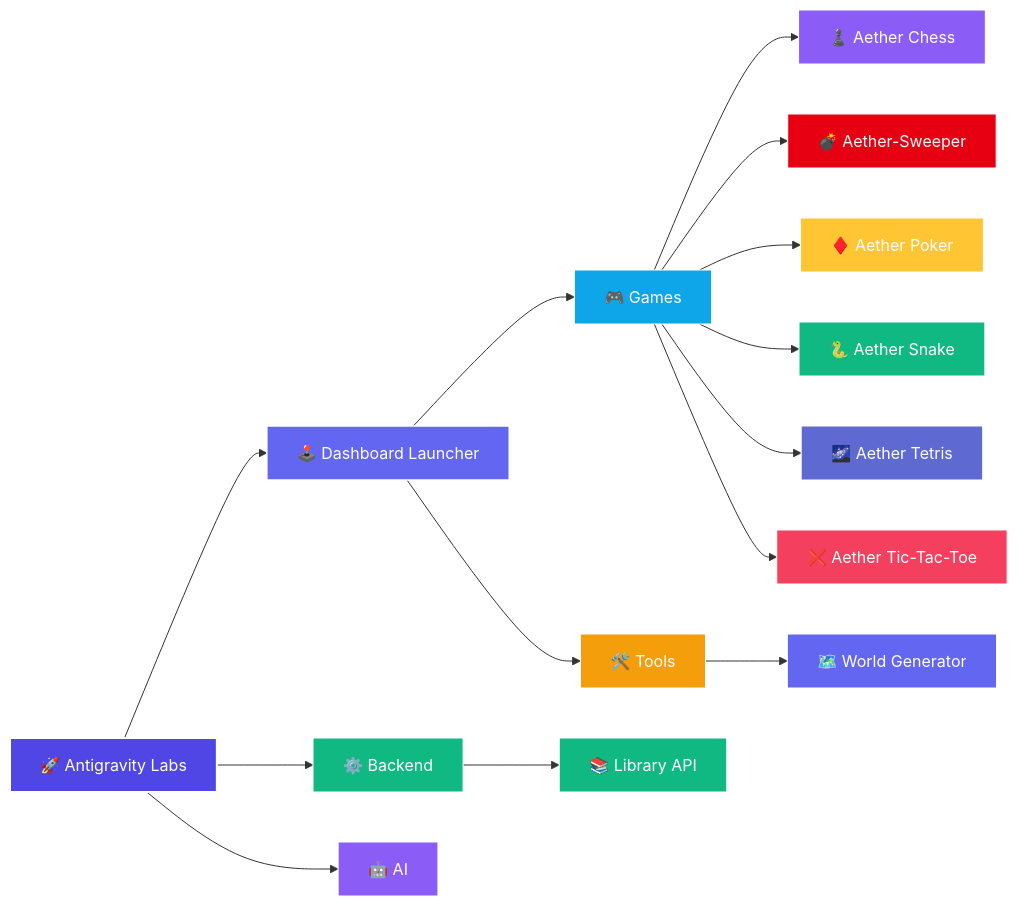
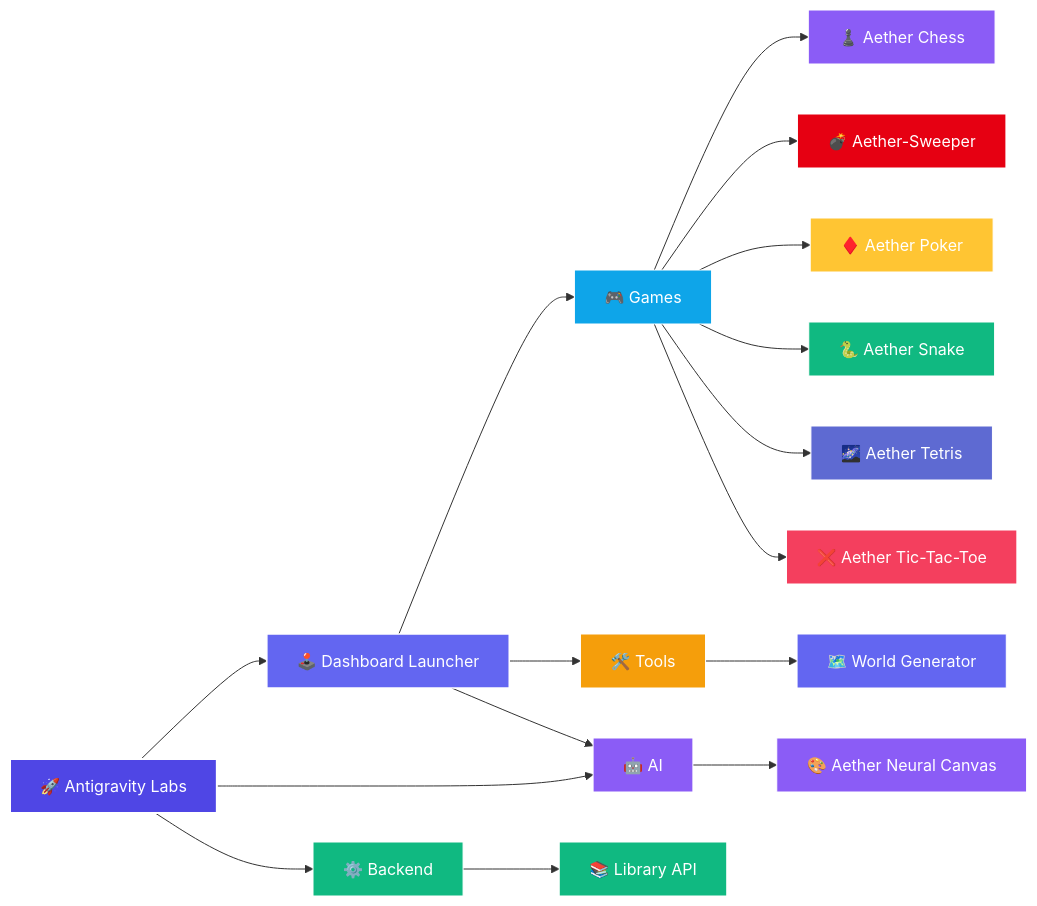
One commit to Leturnos/antigravity-labs changed the diagram in README.md. Above: the diagram before and after it, drawn with Mermaid. The commit also changed other lines of this file and 7 other files, not shown here.

Commit message:
feat(ai): add Aether Neural Canvas interactive drawing app with local DoodleNet model

````diff
--- a/README.md
+++ b/README.md
@@ -33,38 +34,42 @@
 ```mermaid
 flowchart LR
     Root["🚀 Antigravity Labs"]
     Launcher["🕹️ Dashboard Launcher"]
 
     Root --> Launcher
     Root --> Backend["⚙️ Backend"]
     Root --> AI["🤖 AI"]
 
     Launcher --> Games["🎮 Games"]
     Launcher --> Tools["🛠️ Tools"]
+    Launcher --> AI["🤖 AI"]
 
     Games --> Chess["♟️ Aether Chess"]
     Games --> Sweeper["💣 Aether-Sweeper"]
     Games --> Poker["♦️ Aether Poker"]
     Games --> Snake["🐍 Aether Snake"]
     Games --> Tetris["🌌 Aether Tetris"]
     Games --> TicTacToe["❌ Aether Tic-Tac-Toe"]
 
     Backend --> LibraryAPI["📚 Library API"]
     
     Tools --> WorldGen["🗺️ World Generator"]
+
+    AI --> NeuralCanvas["🎨 Aether Neural Canvas"]
 
     style Root fill:#4f46e5,stroke:#fff,stroke-width:2px,color:#fff
     style Launcher fill:#6366f1,stroke:#fff,stroke-width:1.5px,color:#fff
     style Games fill:#0ea5e9,stroke:#fff,stroke-width:1px,color:#fff
     style Backend fill:#10b981,stroke:#fff,stroke-width:1px,color:#fff
     style AI fill:#8b5cf6,stroke:#fff,stroke-width:1px,color:#fff
     style Tools fill:#f59e0b,stroke:#fff,stroke-width:1px,color:#fff
     style Chess fill:#8b5cf6,stroke:#fff,stroke-width:1px,color:#fff
     style Sweeper fill:#e60012,stroke:#fff,stroke-width:1px,color:#fff
     style Poker fill:#ffc533,stroke:#fff,stroke-width:1px,color:#fff
     style Snake fill:#10b981,stroke:#fff,stroke-width:1px,color:#fff
     style Tetris fill:#5e6ad2,stroke:#fff,stroke-width:1px,color:#fff
     style TicTacToe fill:#f43f5e,stroke:#fff,stroke-width:1px,color:#fff
     style LibraryAPI fill:#10b981,stroke:#fff,stroke-width:1px,color:#fff
     style WorldGen fill:#6366f1,stroke:#fff,stroke-width:1px,color:#fff
+    style NeuralCanvas fill:#8b5cf6,stroke:#fff,stroke-width:1px,color:#fff
 ```
````
